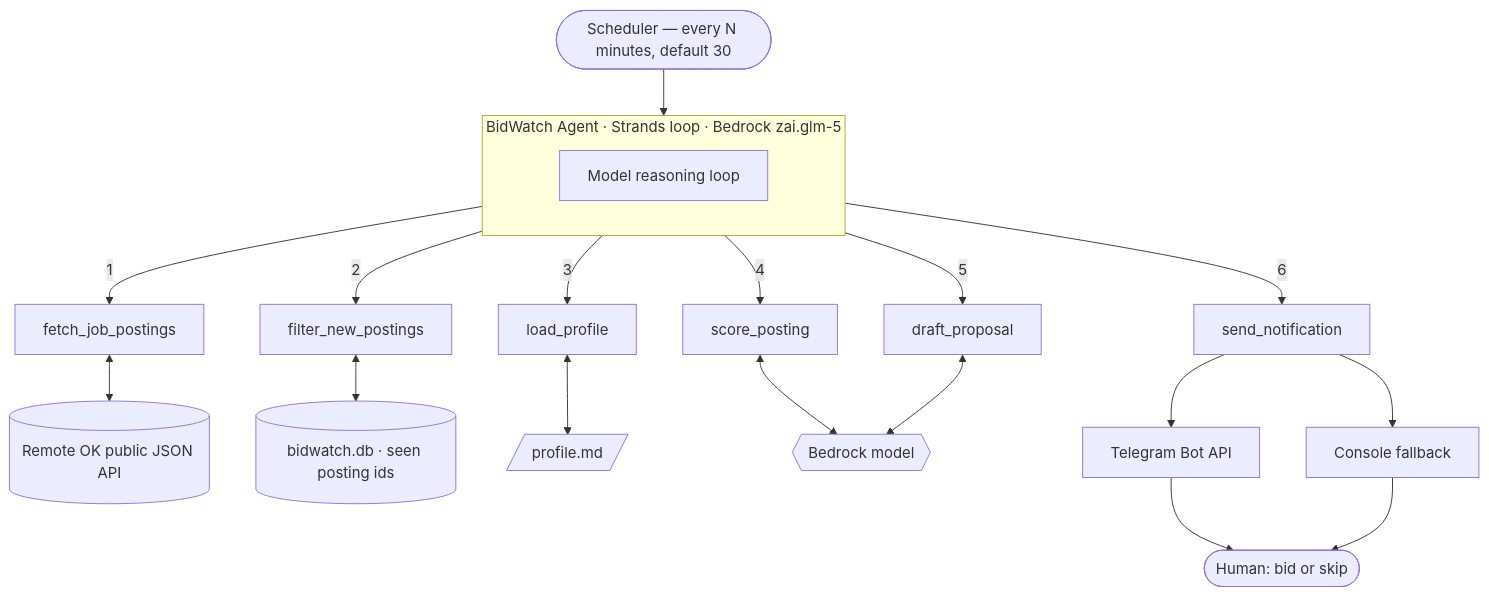
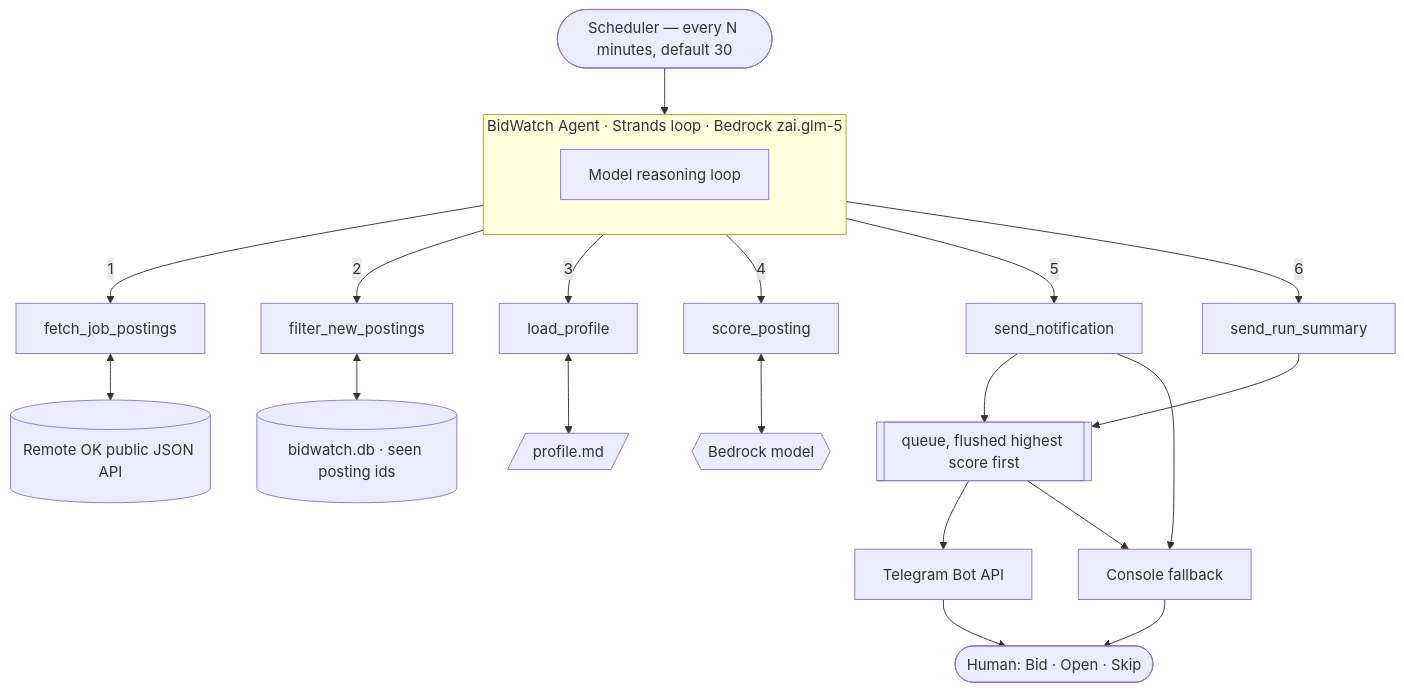
Before and after one commit to HamedEzzu/bidwatch: the first of 4 diagrams in docs/architecture.md, drawn with Mermaid. The commit also changed other lines of this file and 20 other files, not shown here.

````diff
--- a/docs/architecture.md
+++ b/docs/architecture.md
@@ -10,27 +10,29 @@
 ```mermaid
 flowchart TD
     S([Scheduler — every N minutes, default 30]) --> A
 
     subgraph A[BidWatch Agent · Strands loop · Bedrock zai.glm-5]
         direction TB
         L[Model reasoning loop]
     end
 
     L -->|1| F[fetch_job_postings]
     L -->|2| D[filter_new_postings]
     L -->|3| P[load_profile]
     L -->|4| SC[score_posting]
-    L -->|5| DR[draft_proposal]
-    L -->|6| N[send_notification]
+    L -->|5| N[send_notification]
+    L -->|6| SM[send_run_summary]
 
     F <--> ROK[(Remote OK public JSON API)]
     D <--> DB[(bidwatch.db · seen posting ids)]
     P <--> PM[/profile.md/]
     SC <--> M1{{Bedrock model}}
-    DR <--> M1
-    N --> TG[Telegram Bot API]
+    N --> Q[[queue, flushed highest score first]]
+    SM --> Q
+    Q --> TG[Telegram Bot API]
     N --> CO[Console fallback]
 
-    TG --> H([Human: bid or skip])
+    Q --> CO[Console fallback]
+    TG --> H([Human: Bid · Open · Skip])
     CO --> H
 ```
````
